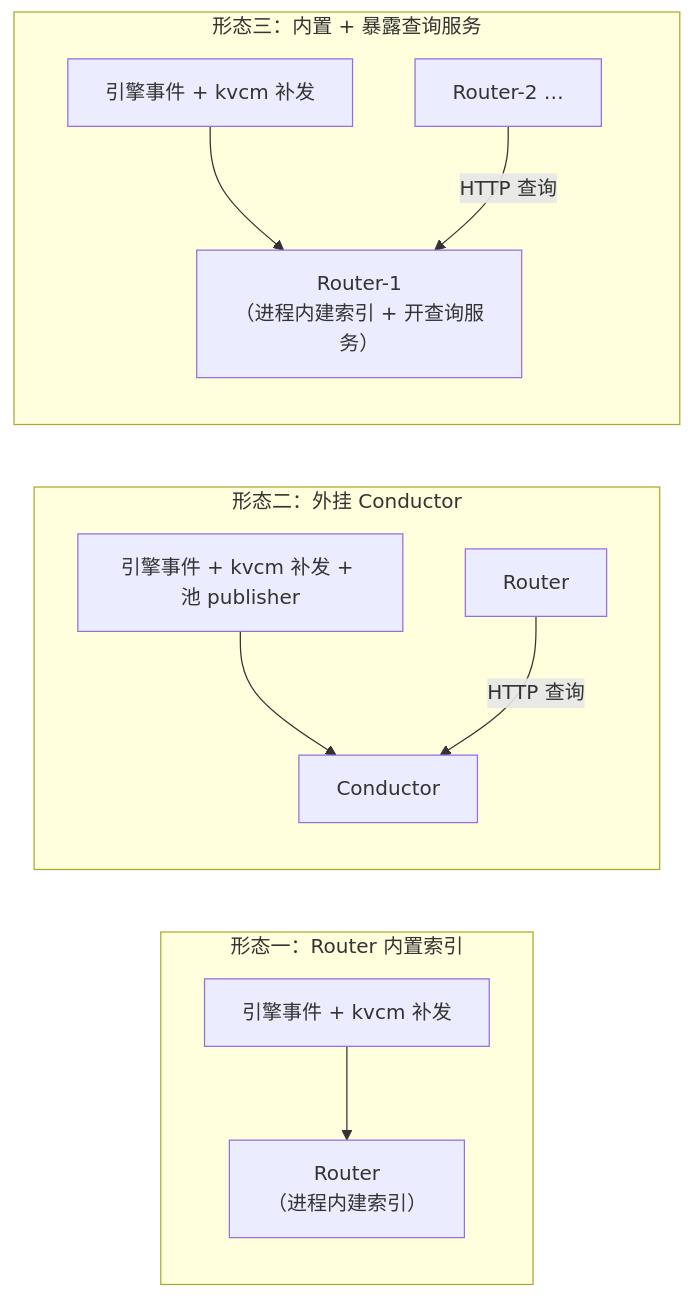
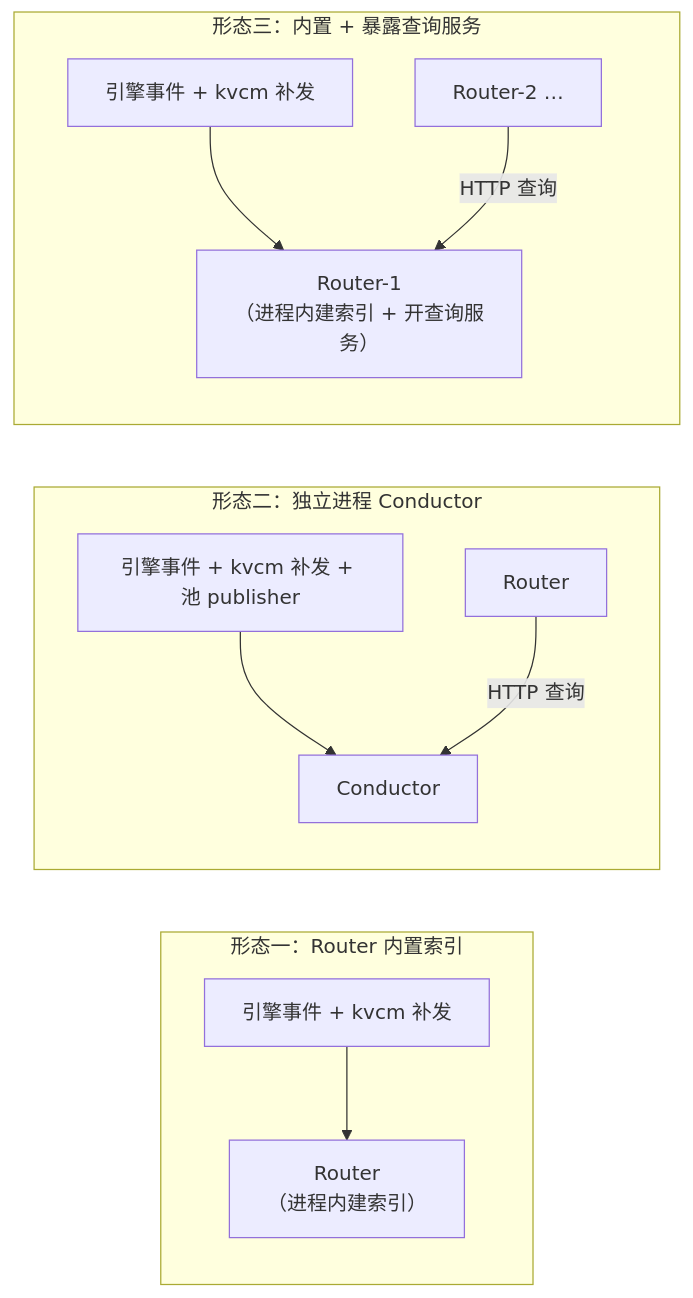
Before and after one commit to 5x8-40/lake: the second of 2 diagrams in kvcm/D1-router-scheduling.md, drawn with Mermaid. The commit also changed other lines of this file and 4 other files, not shown here.

````diff
--- a/kvcm/D1-router-scheduling.md
+++ b/kvcm/D1-router-scheduling.md
@@ -160,17 +187,17 @@
 ```mermaid
 flowchart LR
     subgraph F1["形态一：Router 内置索引"]
         direction TB
         SRC1["引擎事件 + kvcm 补发"] --> R1["Router<br/>（进程内建索引）"]
     end
-    subgraph F2["形态二：外挂 Conductor"]
+    subgraph F2["形态二：独立进程 Conductor"]
         direction TB
         SRC2["引擎事件 + kvcm 补发 + 池 publisher"] --> C2["Conductor"]
         R2["Router"] -->|"HTTP 查询"| C2
     end
     subgraph F3["形态三：内置 + 暴露查询服务"]
         direction TB
         SRC3["引擎事件 + kvcm 补发"] --> R3["Router-1<br/>（进程内建索引 + 开查询服务）"]
         R4["Router-2 …"] -->|"HTTP 查询"| R3
     end
 ```
````
